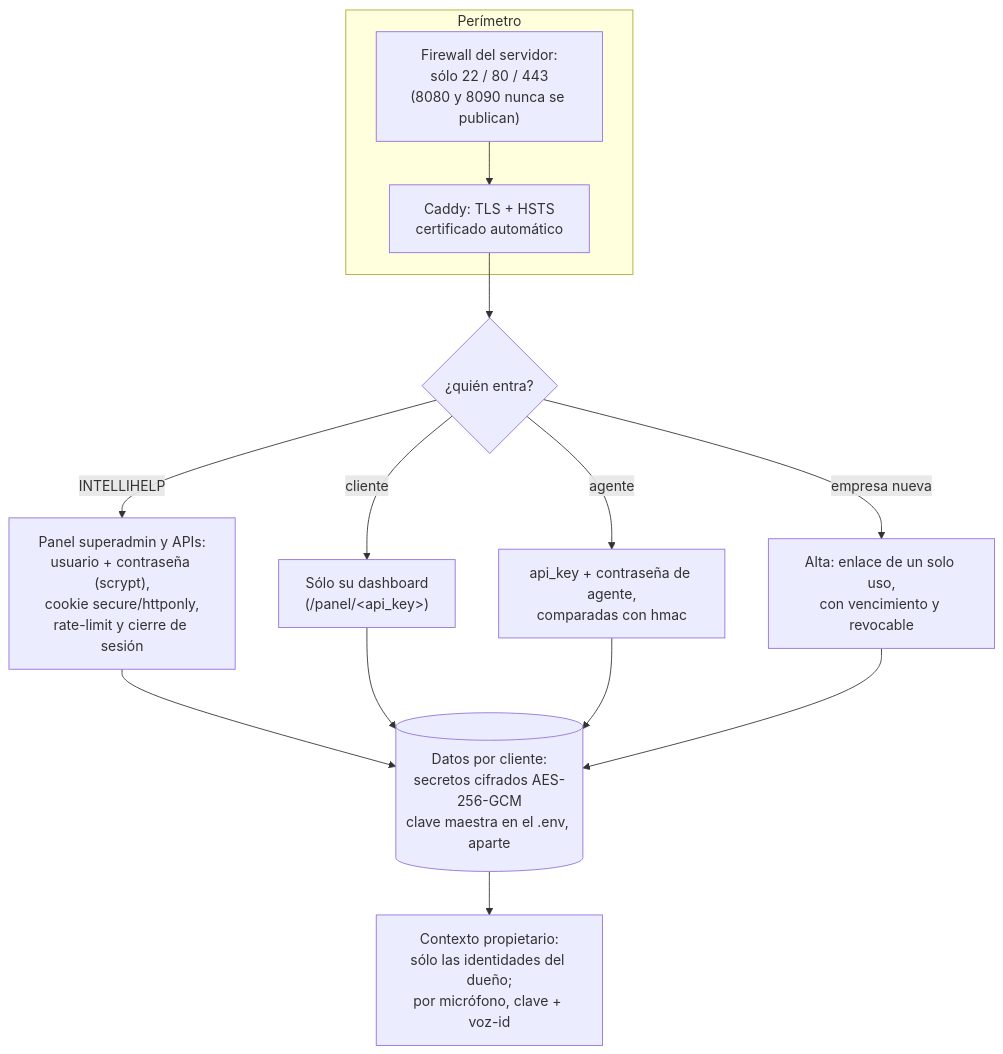
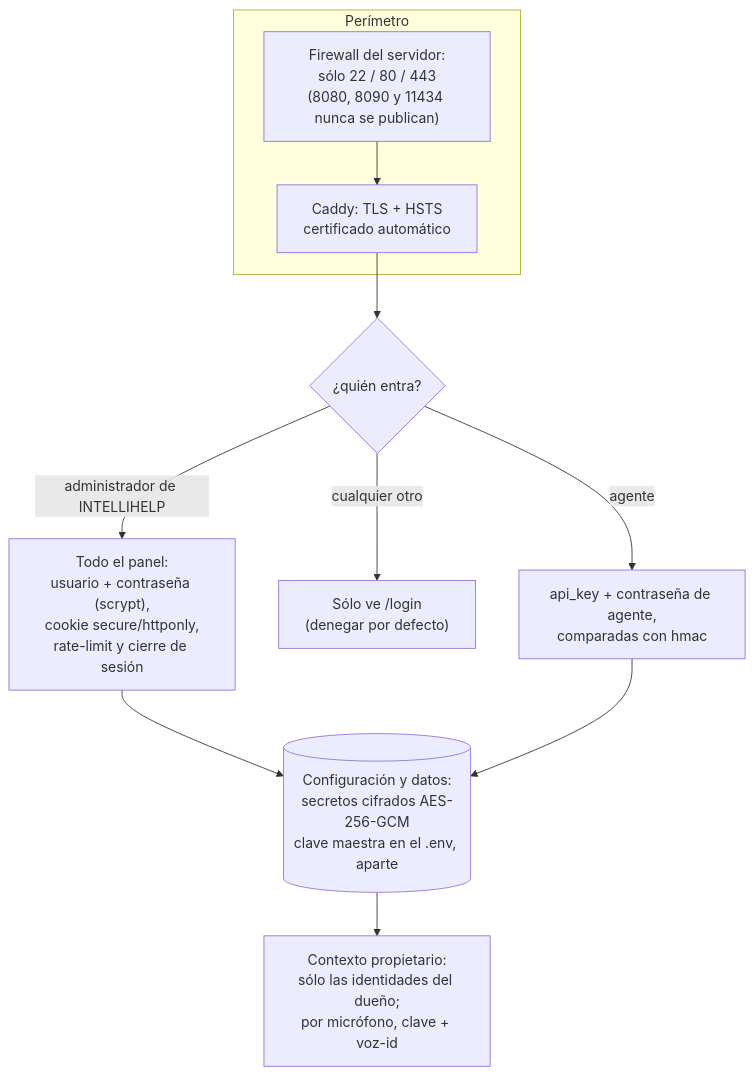
Before and after one commit to bsierra4262/ithos: the diagram in SECURITY.md, drawn with Mermaid. The commit also changed other lines of this file and 73 other files, not shown here.

````diff
--- a/SECURITY.md
+++ b/SECURITY.md
@@ -39,18 +40,15 @@
 ```mermaid
 flowchart TD
     subgraph Red["Perímetro"]
-        FW["Firewall del servidor:<br/>sólo 22 / 80 / 443<br/>(8080 y 8090 nunca se publican)"]
+        FW["Firewall del servidor:<br/>sólo 22 / 80 / 443<br/>(8080, 8090 y 11434 nunca se publican)"]
         TLS["Caddy: TLS + HSTS<br/>certificado automático"]
         FW --> TLS
     end
     TLS --> Q{"¿quién entra?"}
-    Q -->|"INTELLIHELP"| AD["Panel superadmin y APIs:<br/>usuario + contraseña (scrypt),<br/>cookie secure/httponly,<br/>rate-limit y cierre de sesión"]
-    Q -->|"cliente"| DA["Sólo su dashboard<br/>(/panel/&lt;api_key&gt;)"]
-    Q -->|"empresa nueva"| AL["Alta: enlace de un solo uso,<br/>con vencimiento y revocable"]
+    Q -->|"administrador de INTELLIHELP"| AD["Todo el panel:<br/>usuario + contraseña (scrypt),<br/>cookie secure/httponly,<br/>rate-limit y cierre de sesión"]
+    Q -->|"cualquier otro"| NO["Sólo ve /login<br/>(denegar por defecto)"]
     Q -->|"agente"| AG["api_key + contraseña de agente,<br/>comparadas con hmac"]
-    AD --> DAT[("Datos por cliente:<br/>secretos cifrados AES-256-GCM<br/>clave maestra en el .env, aparte")]
-    DA --> DAT
+    AD --> DAT[("Configuración y datos:<br/>secretos cifrados AES-256-GCM<br/>clave maestra en el .env, aparte")]
     AG --> DAT
-    AL --> DAT
     DAT --> PR["Contexto propietario:<br/>sólo las identidades del dueño;<br/>por micrófono, clave + voz-id"]
 ```
````
